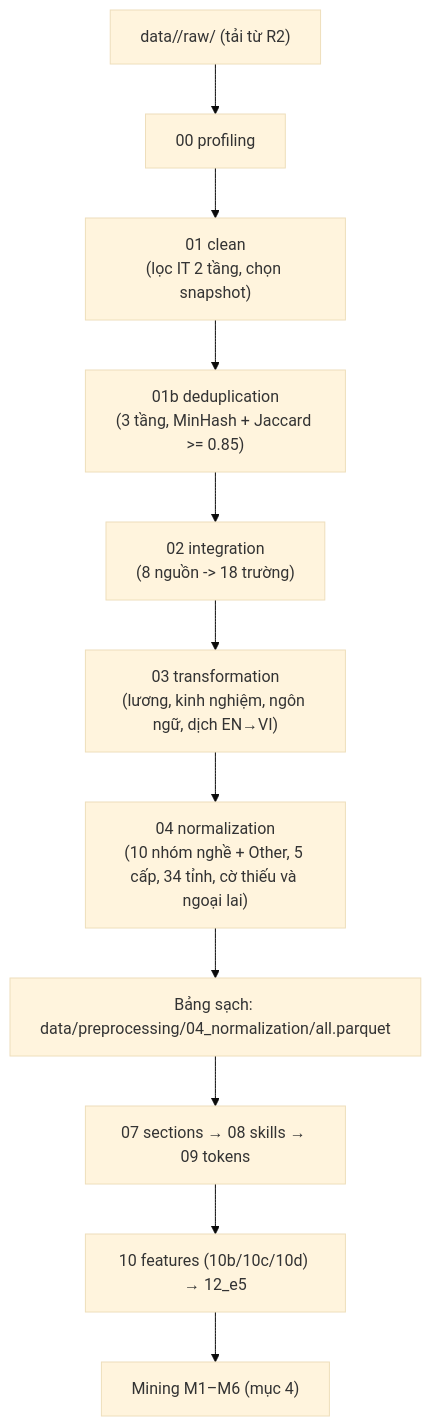
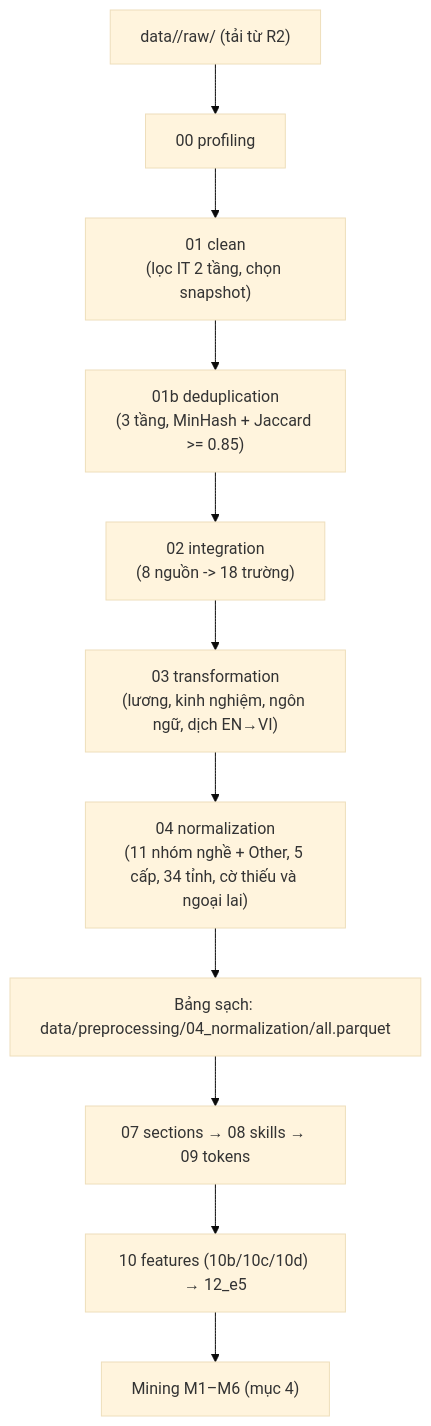
Before and after one commit to Archduker/VN-IT-Job-Mining: the second of 2 diagrams in docs/spec/13_working_documentation.md, drawn with Mermaid (base theme). The commit also changed 51 other files, not shown here.

````diff
--- a/docs/spec/13_working_documentation.md
+++ b/docs/spec/13_working_documentation.md
@@ -149,13 +149,13 @@
 ```mermaid
 flowchart TD
     Raw["data/<nguồn>/raw/ (tải từ R2)"] --> S00["00 profiling"]
     S00 --> S01["01 clean\n(lọc IT 2 tầng, chọn snapshot)"]
     S01 --> S01b["01b deduplication\n(3 tầng, MinHash + Jaccard >= 0.85)"]
     S01b --> S02["02 integration\n(8 nguồn -> 18 trường)"]
     S02 --> S03["03 transformation\n(lương, kinh nghiệm, ngôn ngữ, dịch EN→VI)"]
-    S03 --> S04["04 normalization\n(10 nhóm nghề + Other, 5 cấp, 34 tỉnh, cờ thiếu và ngoại lai)"]
+    S03 --> S04["04 normalization\n(11 nhóm nghề + Other, 5 cấp, 34 tỉnh, cờ thiếu và ngoại lai)"]
     S04 --> Clean["Bảng sạch: data/preprocessing/04_normalization/all.parquet"]
     Clean --> P07["07 sections → 08 skills → 09 tokens"]
     P07 --> P10["10 features (10b/10c/10d) → 12_e5"]
     P10 --> Mining["Mining M1–M6 (mục 4)"]
 ```
````
